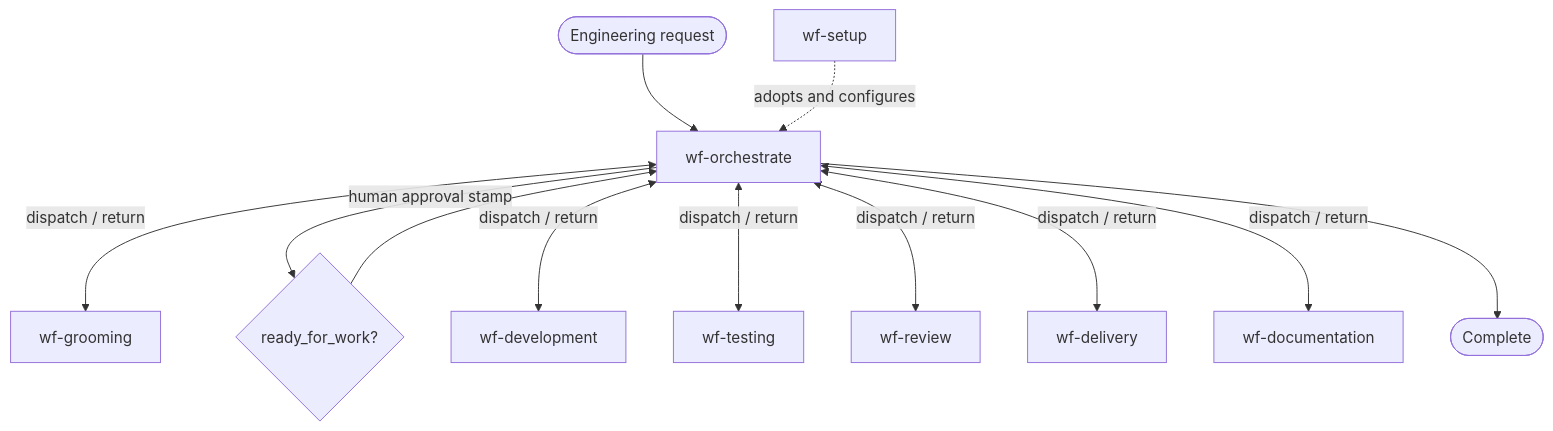
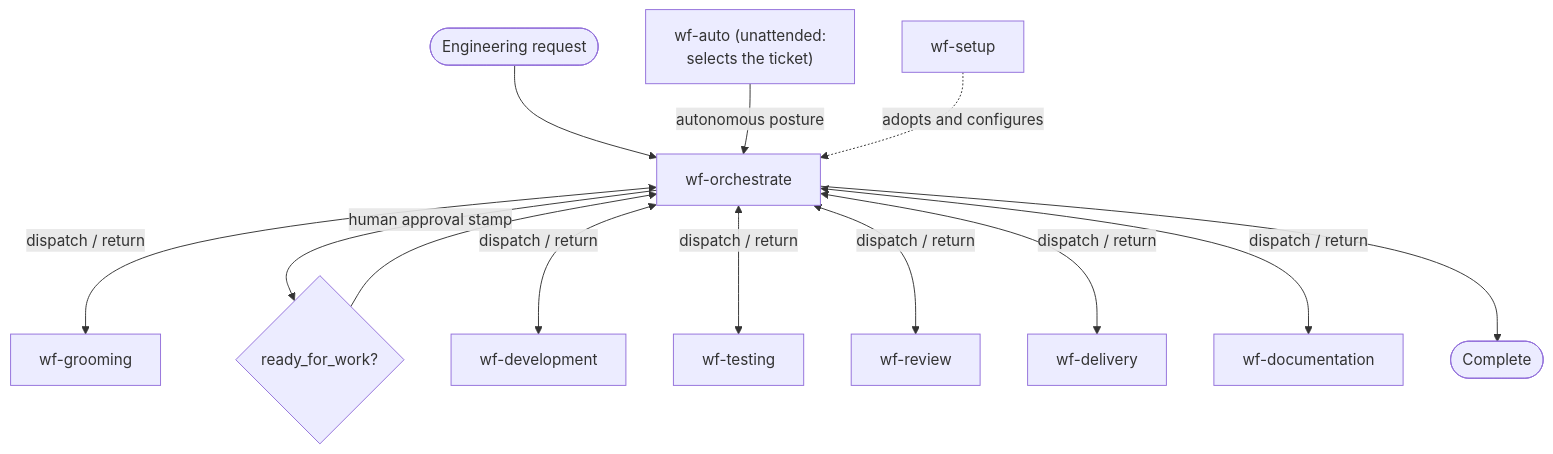
The second of 7 diagrams in plugins/agentic-engineering/FLOWS.md (Life-With-Data/agentic-engineering), drawn with Mermaid before and after one commit. The commit also changed other lines of this file and 21 other files, not shown here.

First line of the commit message:
feat(workflows): add wf-auto for fully unattended runs

````diff
--- a/plugins/agentic-engineering/FLOWS.md
+++ b/plugins/agentic-engineering/FLOWS.md
@@ -22,14 +22,15 @@
 ```mermaid
 flowchart TD
     req([Engineering request]) --> O["wf-orchestrate"]
+    auto["wf-auto (unattended:<br/>selects the ticket)"] -->|"autonomous posture"| O
     O <-->|"dispatch / return"| G["wf-grooming"]
     O -->|"human approval stamp"| approve{"ready_for_work?"}
     approve --> O
     O <-->|"dispatch / return"| D["wf-development"]
     O <-->|"dispatch / return"| T["wf-testing"]
     O <-->|"dispatch / return"| R["wf-review"]
     O <-->|"dispatch / return"| L["wf-delivery"]
     O <-->|"dispatch / return"| K["wf-documentation"]
     O --> done([Complete])
     S["wf-setup"] -. "adopts and configures" .-> O
 ```
````
